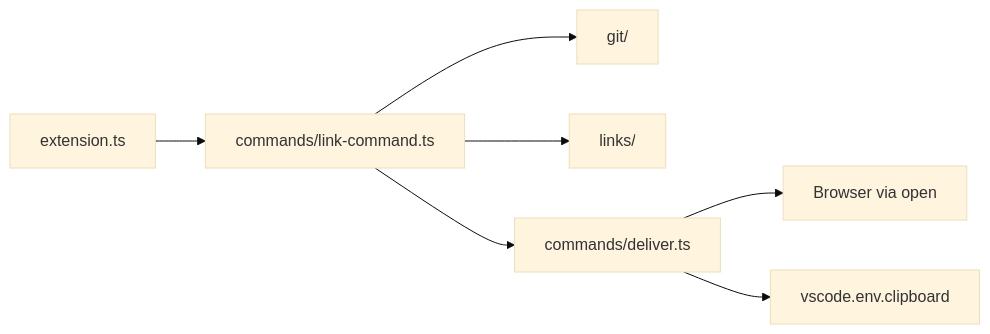
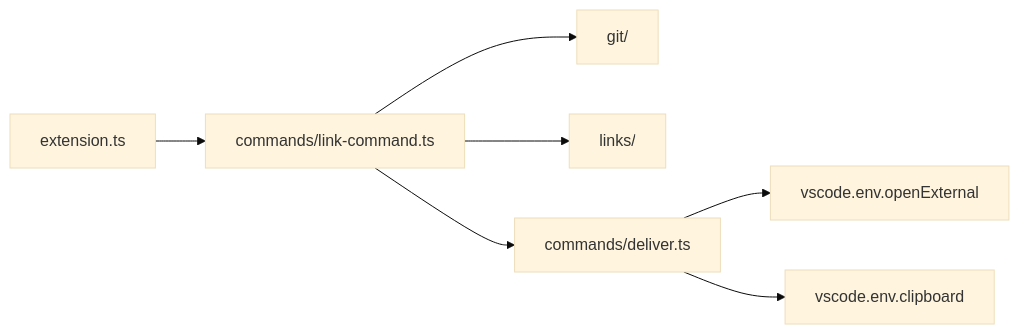
Before and after one commit to workbench-soft/vscode-open-in-github: the first of 2 diagrams in docs/architecture.md, drawn with Mermaid (base theme). The commit also changed other lines of this file and 35 other files, not shown here.

````diff
--- a/docs/architecture.md
+++ b/docs/architecture.md
@@ -15,9 +15,9 @@
 ```mermaid
 flowchart LR
   ext[extension.ts] --> cmd[commands/link-command.ts]
   cmd --> git[git/]
   cmd --> links[links/]
   cmd --> deliver[commands/deliver.ts]
-  deliver --> browser[Browser via open]
+  deliver --> browser[vscode.env.openExternal]
   deliver --> clip[vscode.env.clipboard]
 ```
````
